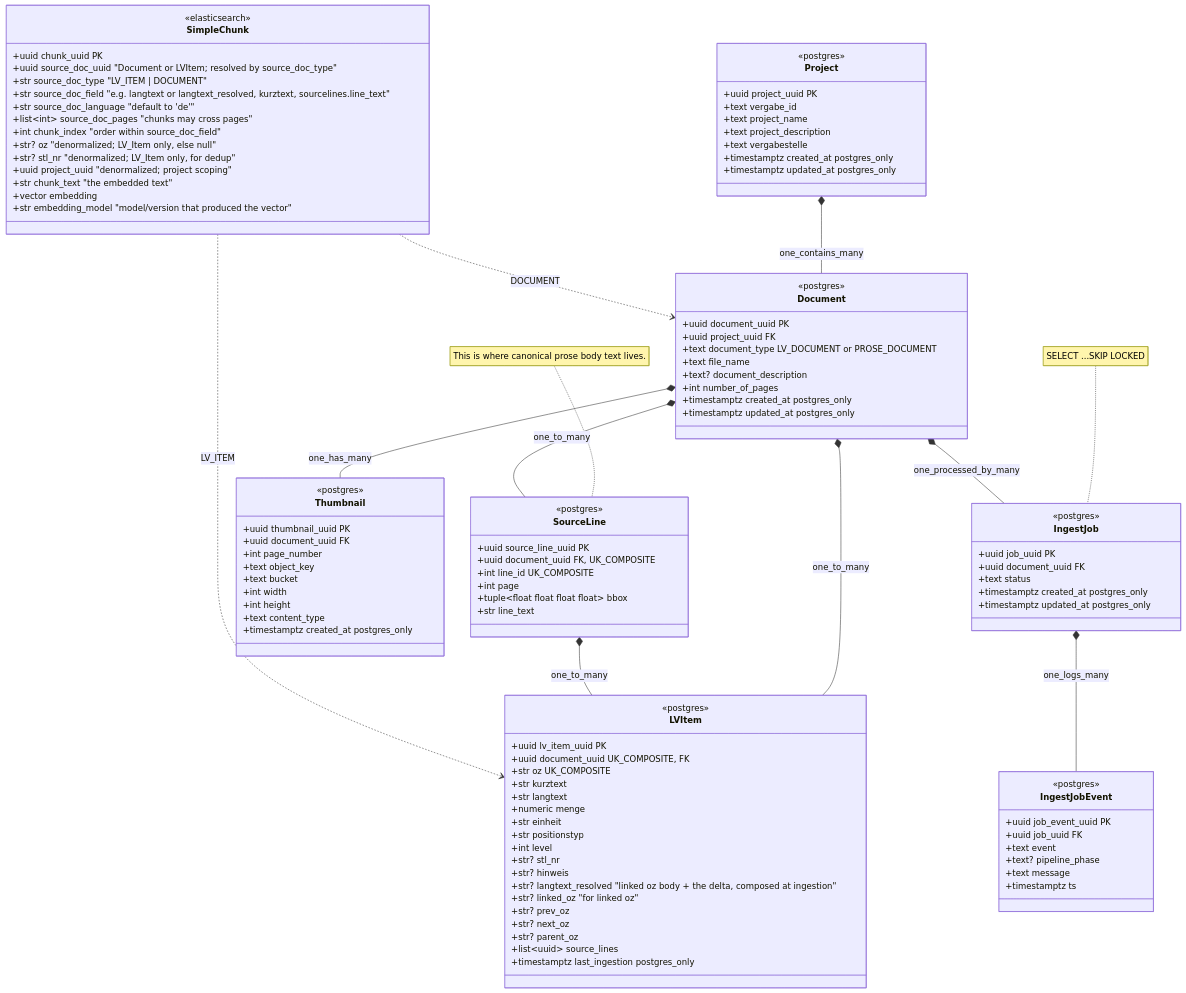
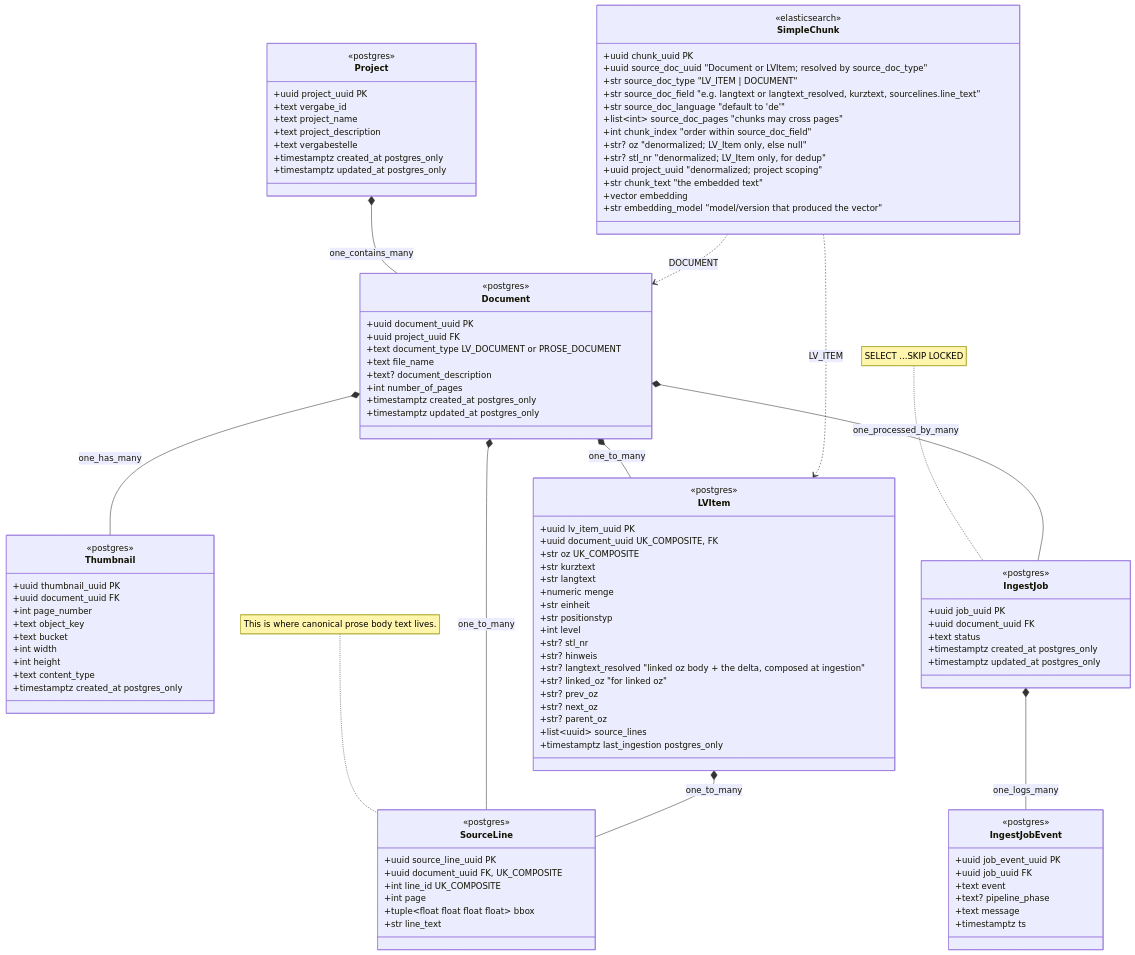
Before and after one commit to arthurshen74/strassenbau-vergabe-assistant: the diagram in DATA_SCHEMA.md, drawn with Mermaid. The commit also changed other lines of this file and 5 other files, not shown here.

```diff
--- a/DATA_SCHEMA.md
+++ b/DATA_SCHEMA.md
@@ -134,7 +132,7 @@
     }
 
     Document *-- LVItem : one_to_many
-    SourceLine *-- LVItem: one_to_many
+    LVItem *-- SourceLine: one_to_many
 
     class SimpleChunk {
         <<elasticsearch>>
```
